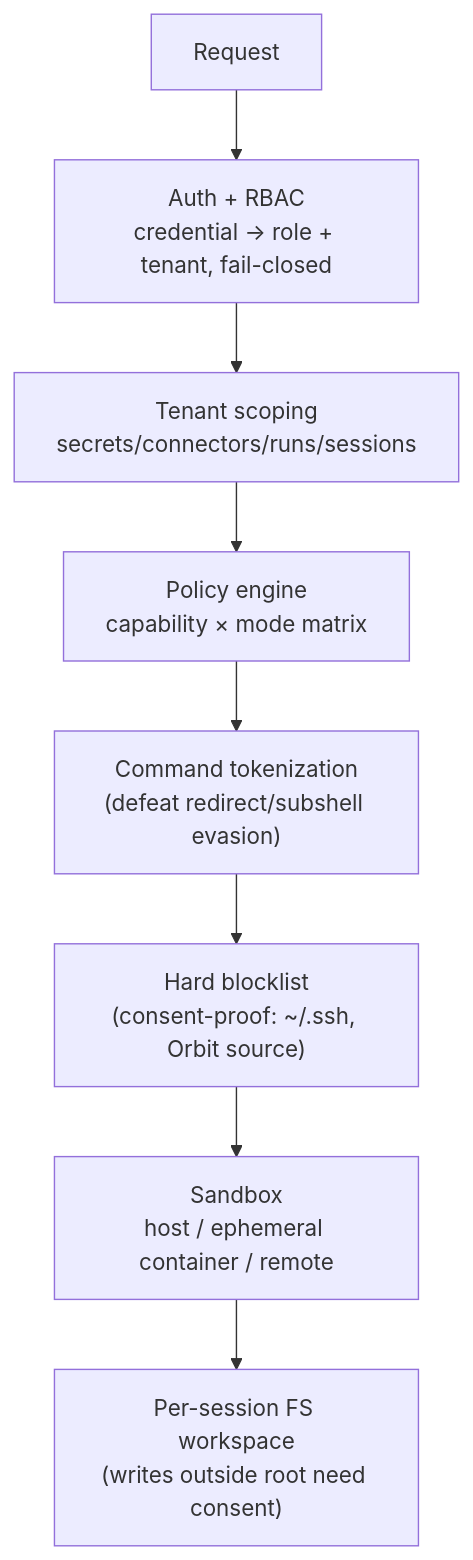
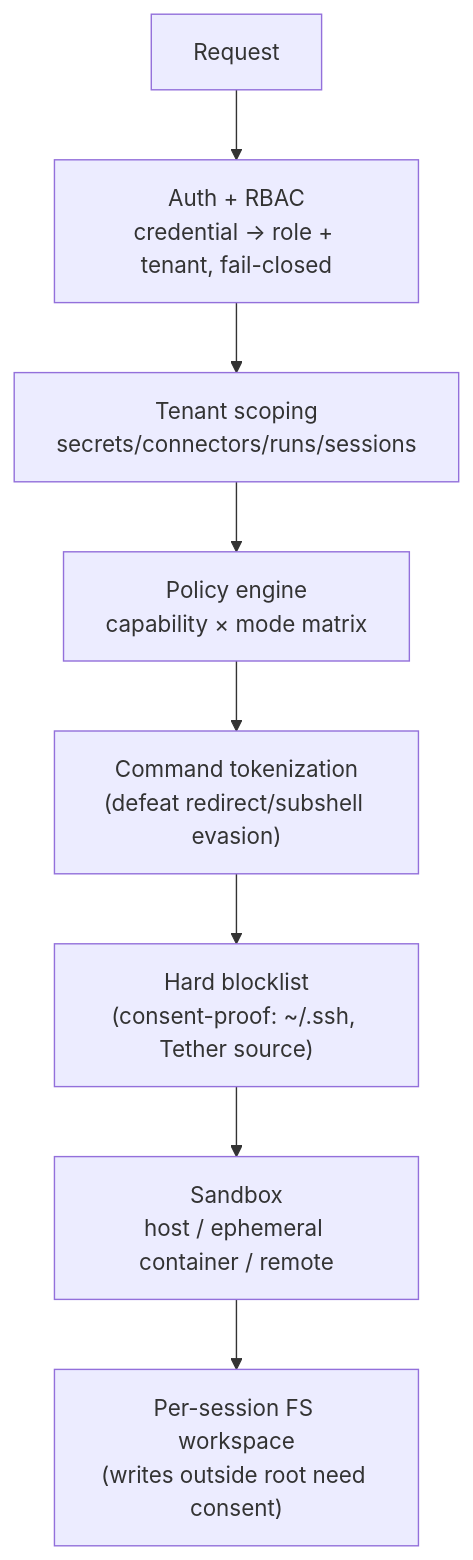
One commit to BLANCO-11/Orbit changed the ninth of 11 diagrams in docs/architecture.md. Above: the diagram before and after it, drawn with Mermaid. The commit also changed other lines of this file and 119 other files, not shown here.

````diff
--- a/docs/architecture.md
+++ b/docs/architecture.md
@@ -431,10 +431,10 @@
 ```mermaid
 flowchart TB
     A["Request"] --> B["Auth + RBAC<br/>credential → role + tenant, fail-closed"]
     B --> C["Tenant scoping<br/>secrets/connectors/runs/sessions"]
     C --> D["Policy engine<br/>capability × mode matrix"]
     D --> E["Command tokenization<br/>(defeat redirect/subshell evasion)"]
-    E --> F["Hard blocklist<br/>(consent-proof: ~/.ssh, Orbit source)"]
+    E --> F["Hard blocklist<br/>(consent-proof: ~/.ssh, Tether source)"]
     F --> G["Sandbox<br/>host / ephemeral container / remote"]
     G --> H["Per-session FS workspace<br/>(writes outside root need consent)"]
 ```
````
